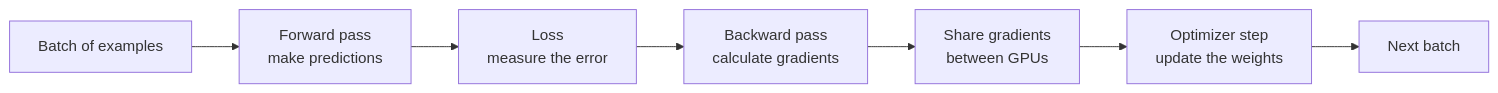
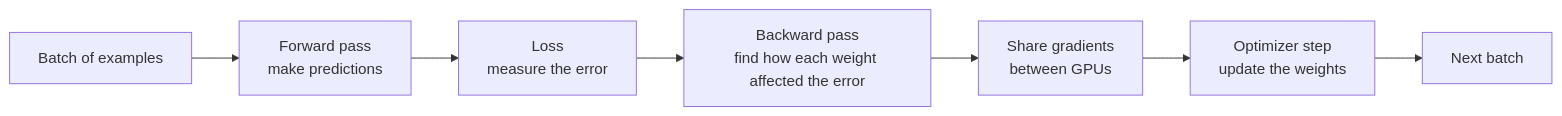
Before and after one commit to Jonathan34/ai-learning: the diagram in docs/05-ai-workloads/22-distributed-training.md, drawn with Mermaid. The commit also changed other lines of this file, not shown here.

Commit message:
docs: clarify the backward pass

````diff
--- a/docs/05-ai-workloads/22-distributed-training.md
+++ b/docs/05-ai-workloads/22-distributed-training.md
@@ -13,9 +13,9 @@
 ```mermaid
 flowchart LR
     B[Batch of examples] --> F[Forward pass<br/>make predictions]
     F --> L[Loss<br/>measure the error]
-    L --> R[Backward pass<br/>calculate gradients]
+    L --> R[Backward pass<br/>find how each weight affected the error]
     R --> S[Share gradients<br/>between GPUs]
     S --> O[Optimizer step<br/>update the weights]
     O --> N[Next batch]
 ```
````
